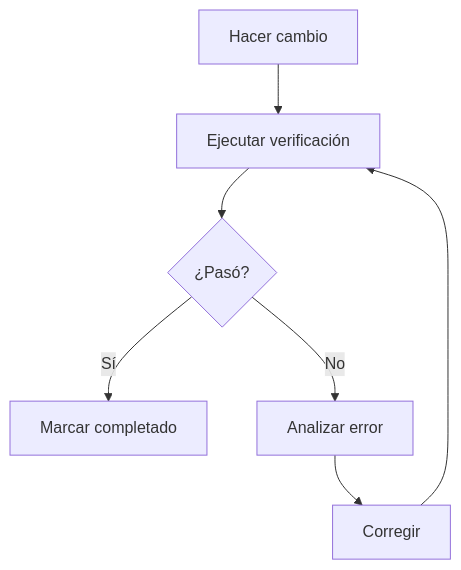
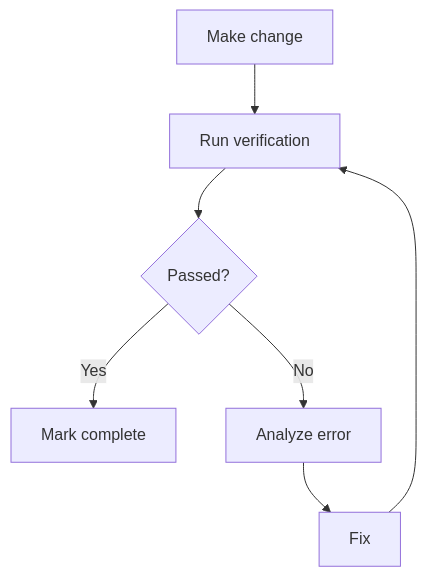
Before and after one commit to MaciWP/claude-code-poneglyph: the first of 4 diagrams in .claude/commands/planner.md, drawn with Mermaid. The commit also changed other lines of this file and 9 other files, not shown here.

````diff
--- a/.claude/commands/planner.md
+++ b/.claude/commands/planner.md
@@ -394,9 +394,9 @@
 ```mermaid
 graph TD
-    A[Hacer cambio] --> B[Ejecutar verificación]
-    B --> C{¿Pasó?}
-    C -->|Sí| D[Marcar completado]
-    C -->|No| E[Analizar error]
-    E --> F[Corregir]
+    A[Make change] --> B[Run verification]
+    B --> C{Passed?}
+    C -->|Yes| D[Mark complete]
+    C -->|No| E[Analyze error]
+    E --> F[Fix]
     F --> B
 ```
````
